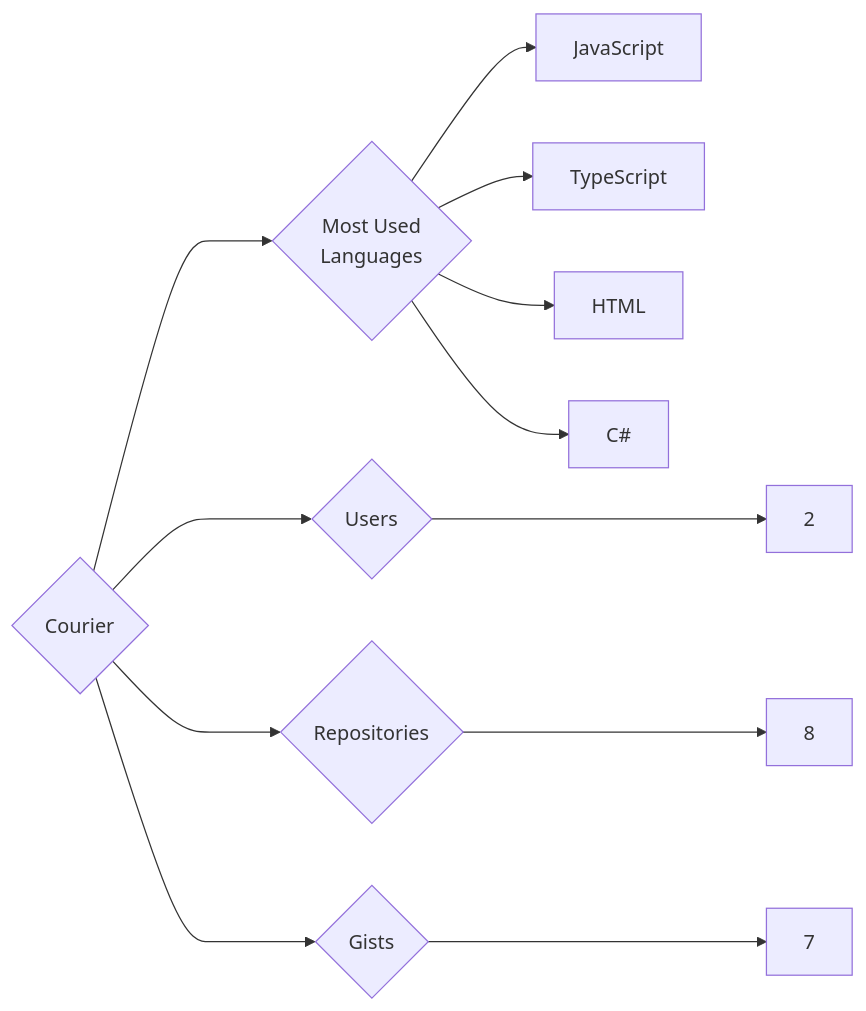
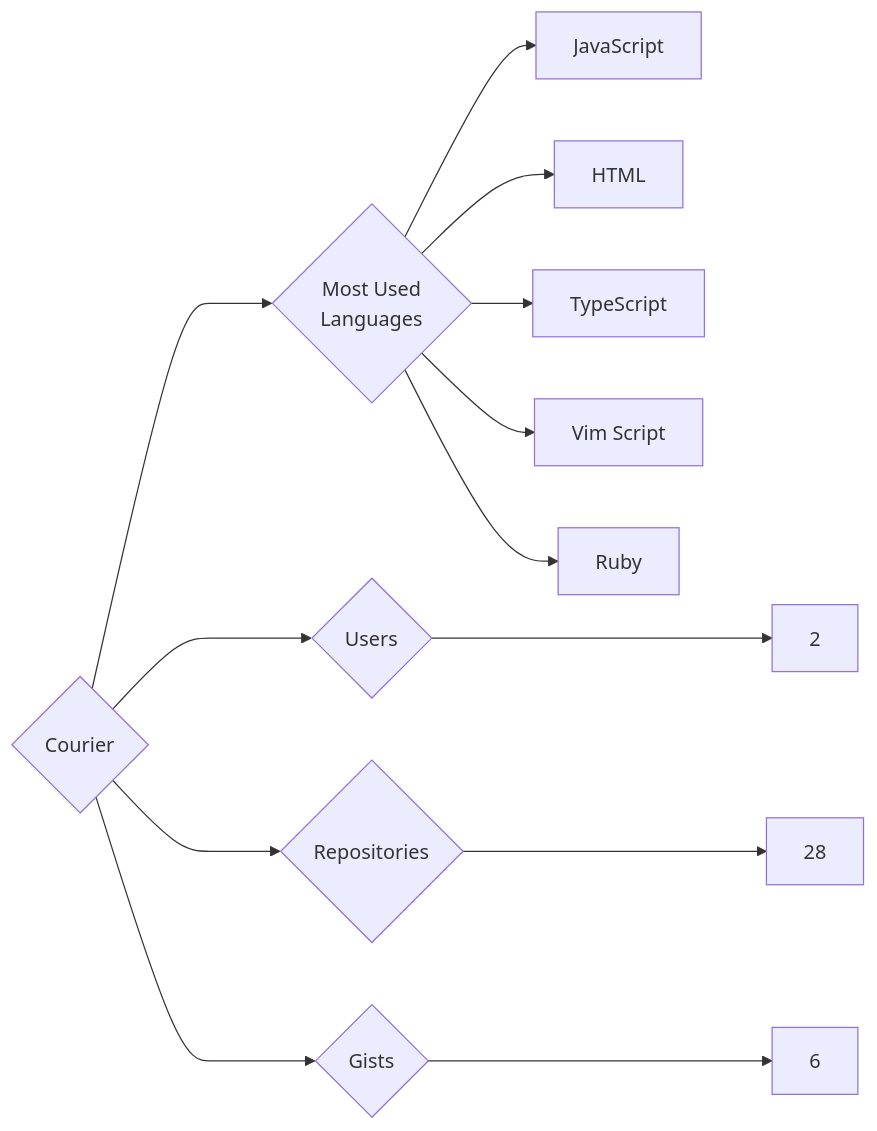
One commit to trickest/insiders changed the diagram in targets/Courier/README.md. Above: the diagram before and after it, drawn with Mermaid. The commit also changed 1003 other files, not shown here.

````diff
--- a/targets/Courier/README.md
+++ b/targets/Courier/README.md
@@ -3,12 +3,13 @@
 ```mermaid
 graph LR
 COMPANY_NAME{Courier}
 COMPANY_NAME ---> U{Users} ---> UN[2]
-COMPANY_NAME ---> R{Repositories} ---> RN[8]
-COMPANY_NAME ---> G{Gists} ---> GN[7]
+COMPANY_NAME ---> R{Repositories} ---> RN[28]
+COMPANY_NAME ---> G{Gists} ---> GN[6]
 COMPANY_NAME ---> ML{Most Used<br>Languages}
 ML --> JavaScript[JavaScript]
+ML --> HTML[HTML]
 ML --> TypeScript[TypeScript]
-ML --> HTML[HTML]
-ML --> C#[C#]
+ML --> Vim_Script[Vim Script]
+ML --> Ruby[Ruby]
 ```
````
